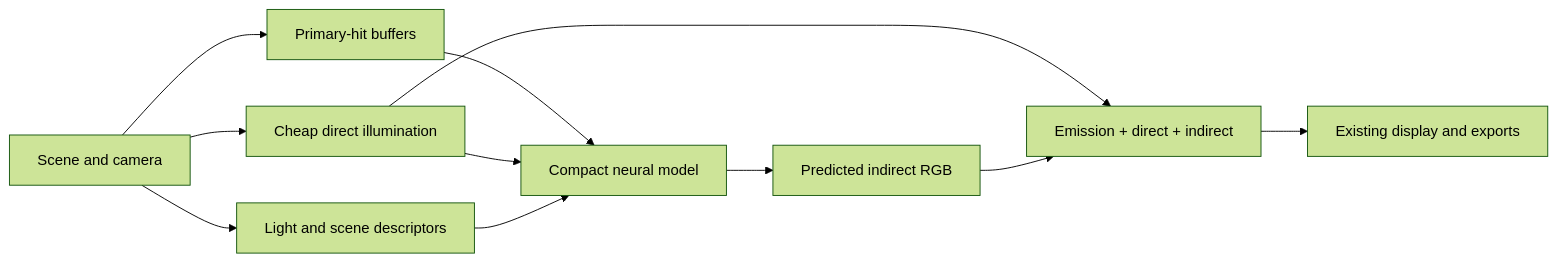
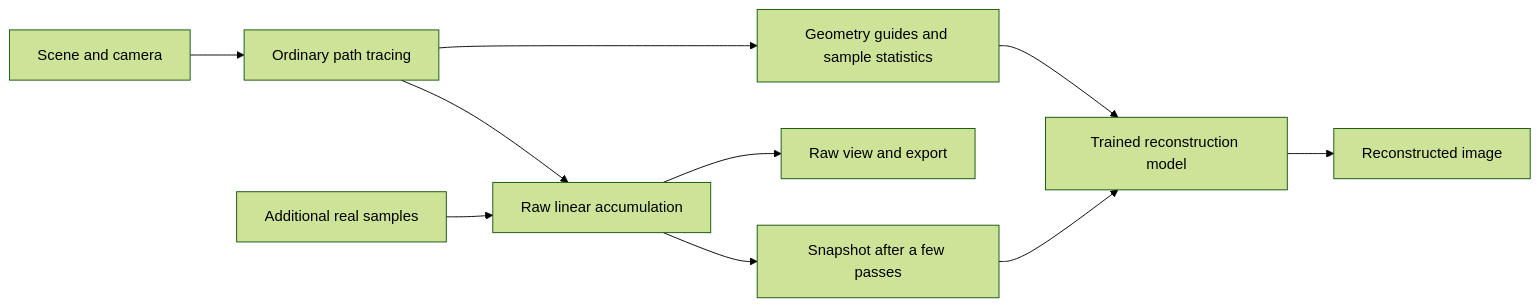
One commit to Zachshotamartin/RayTracer changed the diagram in docs/neural-rendering-plan.md. Above: the diagram before and after it, drawn with Mermaid (forest theme). The commit also changed other lines of this file and 2 other files, not shown here.

Commit message:
Plan learned ray reconstruction and a complete ML workflow

````diff
--- a/docs/neural-rendering-plan.md
+++ b/docs/neural-rendering-plan.md
@@ -28,13 +40,12 @@
 ```mermaid
 flowchart LR
-    Scene[Scene and camera] --> Geometry[Primary-hit buffers]
-    Scene --> Direct[Cheap direct illumination]
-    Scene --> Context[Light and scene descriptors]
-    Geometry --> Network[Compact neural model]
-    Direct --> Network
-    Context --> Network
-    Network --> Indirect[Predicted indirect RGB]
-    Direct --> Compose[Emission + direct + indirect]
-    Indirect --> Compose
-    Compose --> Viewer[Existing display and exports]
+    Scene[Scene and camera] --> Trace[Ordinary path tracing]
+    Trace --> Raw[Raw linear accumulation]
+    Trace --> Guides[Geometry guides and sample statistics]
+    Raw --> Snapshot[Snapshot after a few passes]
+    Snapshot --> Model[Trained reconstruction model]
+    Guides --> Model
+    Model --> Display[Reconstructed image]
+    Raw --> RawView[Raw view and export]
+    More[Additional real samples] --> Raw
 ```
````
